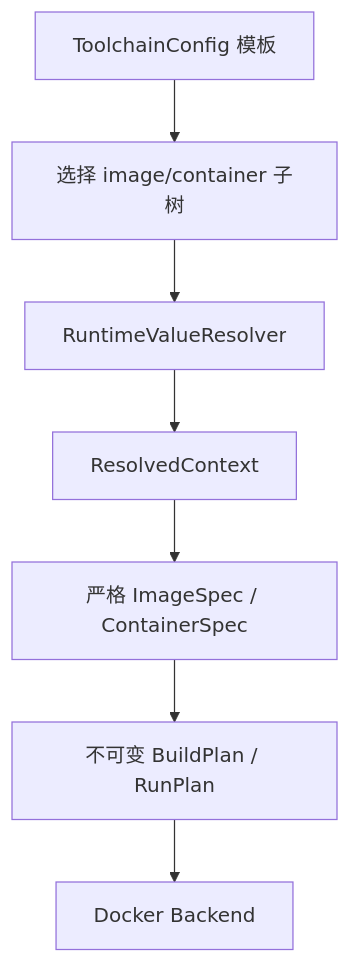
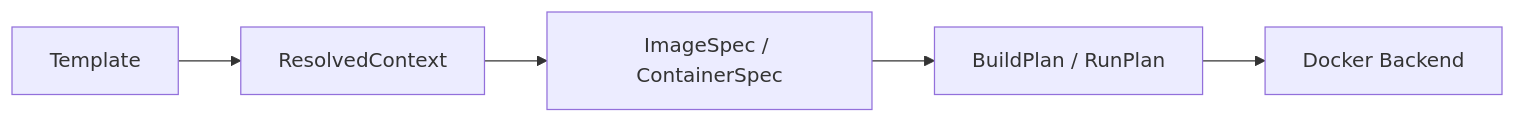
One commit to zz990099/Rigyard changed the second of 2 diagrams in docs/architecture.md. Above: the diagram before and after it, drawn with Mermaid. The commit also changed other lines of this file and 25 other files, not shown here.

````diff
--- a/docs/architecture.md
+++ b/docs/architecture.md
@@ -7,9 +32,7 @@
 ```mermaid
-flowchart TD
-    A[ToolchainConfig 模板] --> B[选择 image/container 子树]
-    B --> C[RuntimeValueResolver]
-    C --> D[ResolvedContext]
-    D --> E[严格 ImageSpec / ContainerSpec]
-    E --> F[不可变 BuildPlan / RunPlan]
-    F --> G[Docker Backend]
+flowchart LR
+    A[Template] --> B[ResolvedContext]
+    B --> C[ImageSpec / ContainerSpec]
+    C --> D[BuildPlan / RunPlan]
+    D --> E[Docker Backend]
 ```
````
